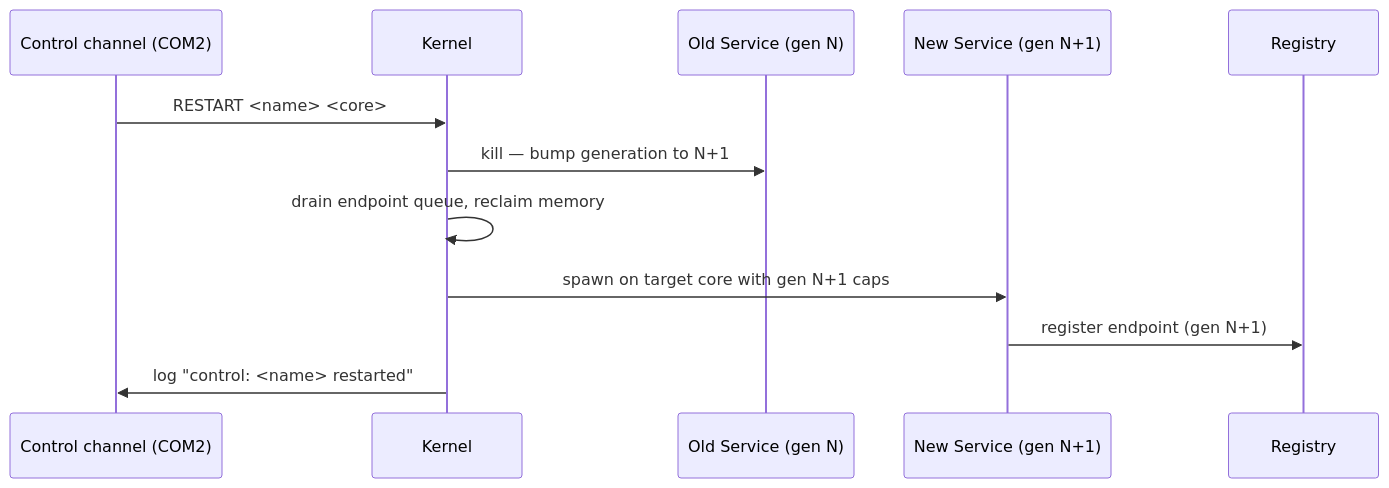
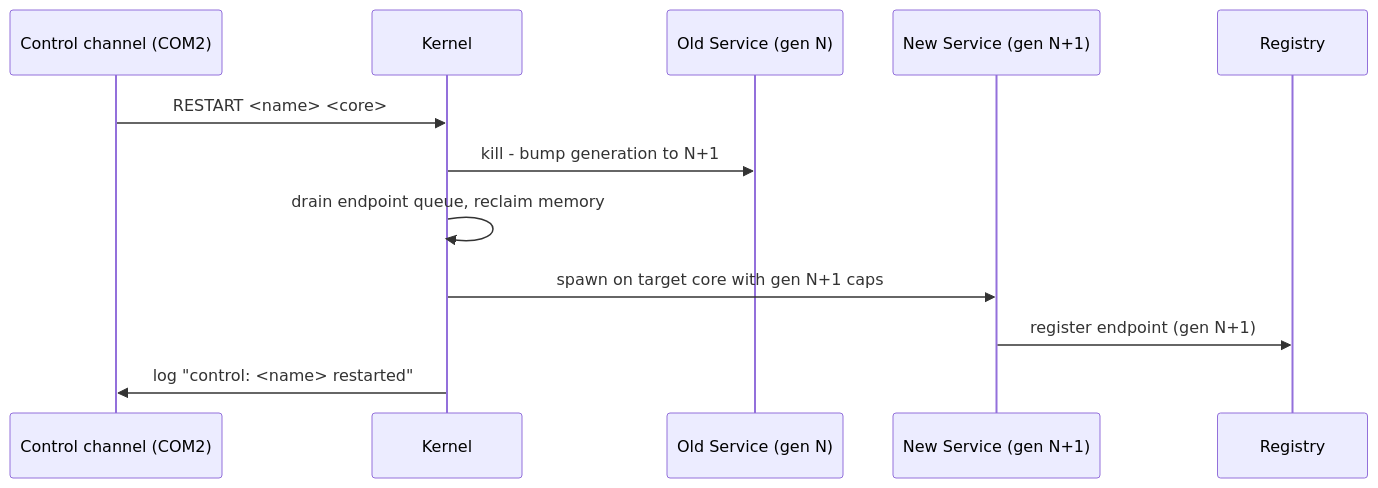
Before and after one commit to godspeedhq/godspeed-os: the diagram in services/supervisor/CLAUDE.md, drawn with Mermaid. The commit also changed other lines of this file and 148 other files, not shown here.

````diff
--- a/services/supervisor/CLAUDE.md
+++ b/services/supervisor/CLAUDE.md
@@ -71,15 +71,15 @@
 ```mermaid
 sequenceDiagram
     participant Ctrl as Control channel (COM2)
     participant K as Kernel
     participant OldSvc as Old Service (gen N)
     participant NewSvc as New Service (gen N+1)
     participant R as Registry
 
     Ctrl->>K: RESTART <name> <core>
-    K->>OldSvc: kill — bump generation to N+1
+    K->>OldSvc: kill - bump generation to N+1
     K->>K: drain endpoint queue, reclaim memory
     K->>NewSvc: spawn on target core with gen N+1 caps
     NewSvc->>R: register endpoint (gen N+1)
     K->>Ctrl: log "control: <name> restarted"
 ```
````
